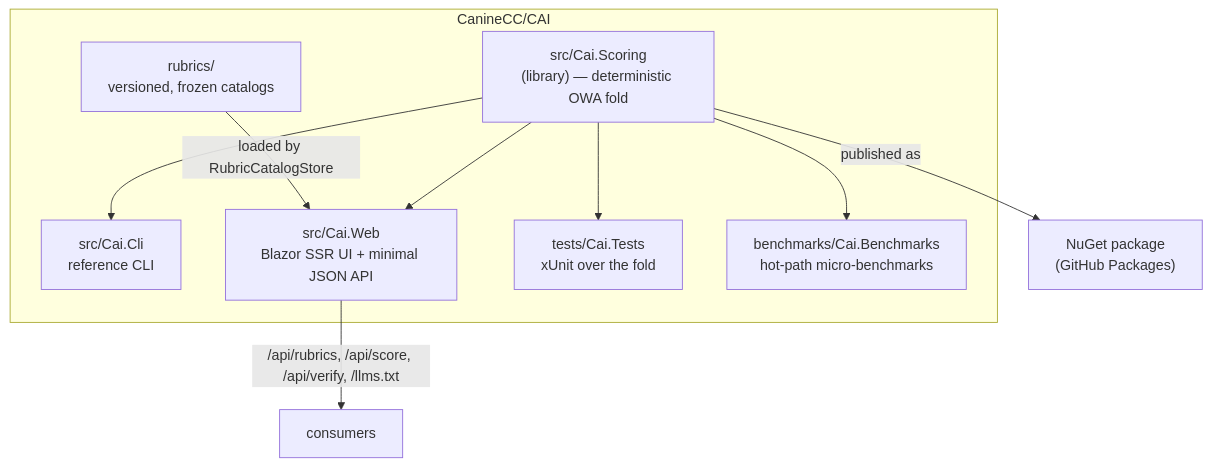
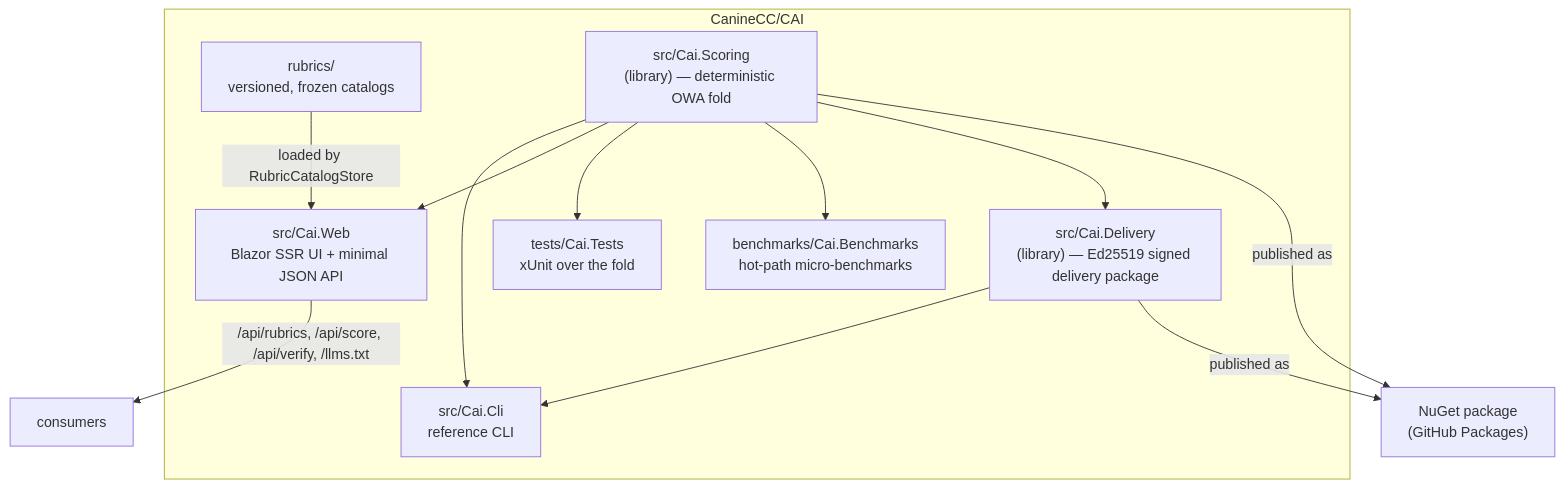
Before and after one commit to CanineCC/CAI: the second of 2 diagrams in docs/architecture.md, drawn with Mermaid. The commit also changed other lines of this file and 19 other files, not shown here.

````diff
--- a/docs/architecture.md
+++ b/docs/architecture.md
@@ -25,19 +25,23 @@
 ```mermaid
 flowchart TD
     subgraph repo["CanineCC/CAI"]
         rubrics["rubrics/<br/>versioned, frozen catalogs"]
         scoring["src/Cai.Scoring<br/>(library) — deterministic OWA fold"]
+        delivery["src/Cai.Delivery<br/>(library) — Ed25519 signed delivery package"]
         cli["src/Cai.Cli<br/>reference CLI"]
         web["src/Cai.Web<br/>Blazor SSR UI + minimal JSON API"]
         tests["tests/Cai.Tests<br/>xUnit over the fold"]
         bench["benchmarks/Cai.Benchmarks<br/>hot-path micro-benchmarks"]
     end
     nuget["NuGet package<br/>(GitHub Packages)"]
     rubrics -->|loaded by RubricCatalogStore| web
     scoring --> cli
     scoring --> web
     scoring --> tests
     scoring --> bench
+    scoring --> delivery
+    delivery --> cli
     scoring -->|published as| nuget
+    delivery -->|published as| nuget
     web -->|/api/rubrics, /api/score, /api/verify, /llms.txt| consumer["consumers"]
 ```
````
